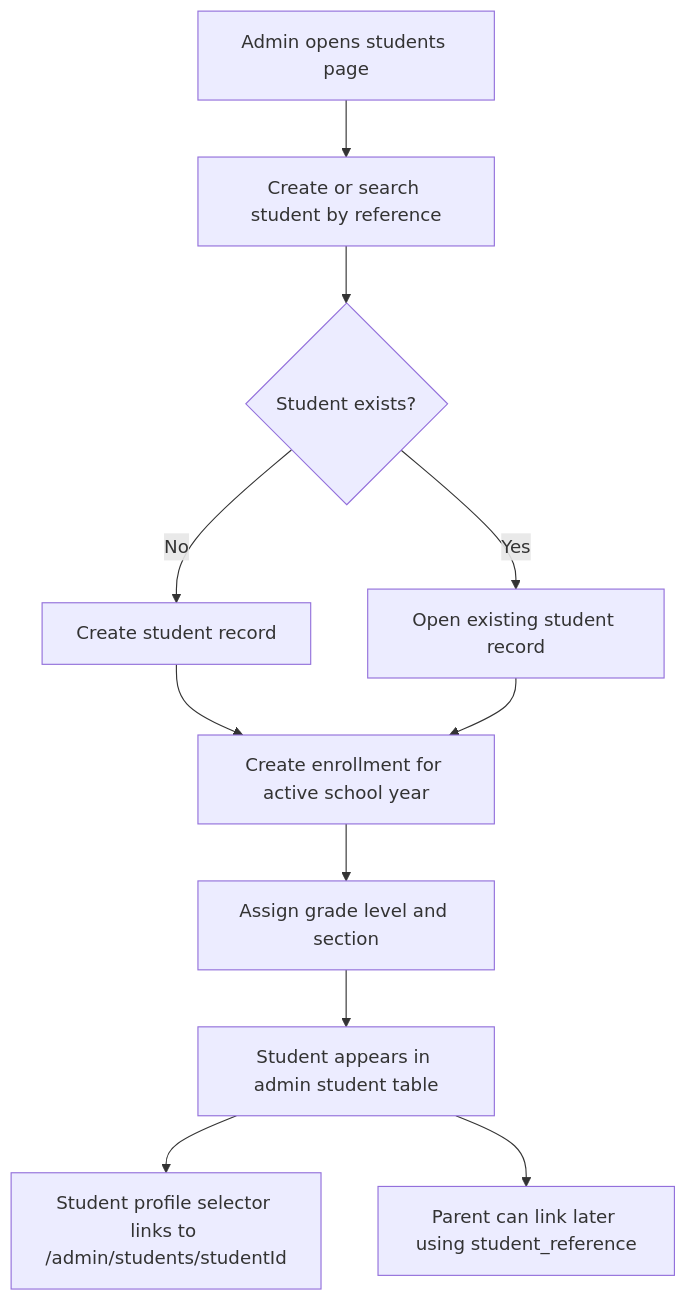
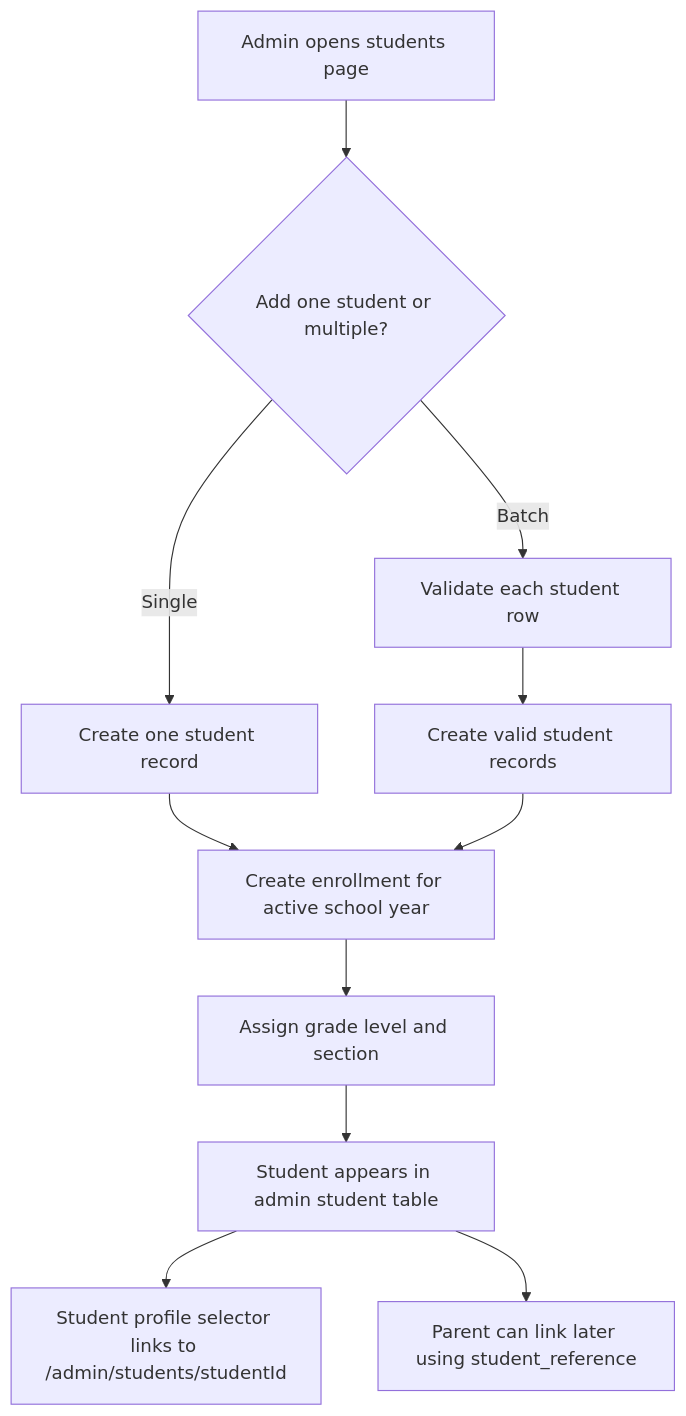
The third of 7 diagrams in docs/DATABASE_SCHEMA_PLAN.md (Xeyn19/xmetapay), drawn with Mermaid before and after one commit. The commit also changed 10 other files, not shown here.

````diff
--- a/docs/DATABASE_SCHEMA_PLAN.md
+++ b/docs/DATABASE_SCHEMA_PLAN.md
@@ -711,13 +711,13 @@
 ```mermaid
 flowchart TD
-  A["Admin opens students page"] --> B["Create or search student by reference"]
-  B --> C{"Student exists?"}
-  C -->|No| D["Create student record"]
-  C -->|Yes| E["Open existing student record"]
-  D --> F["Create enrollment for active school year"]
+  A["Admin opens students page"] --> B{"Add one student or multiple?"}
+  B -->|Single| C["Create one student record"]
+  B -->|Batch| D["Validate each student row"]
+  D --> E["Create valid student records"]
+  C --> F["Create enrollment for active school year"]
   E --> F
   F --> G["Assign grade level and section"]
   G --> H["Student appears in admin student table"]
   H --> I["Student profile selector links to /admin/students/studentId"]
   H --> J["Parent can link later using student_reference"]
 ```
````
